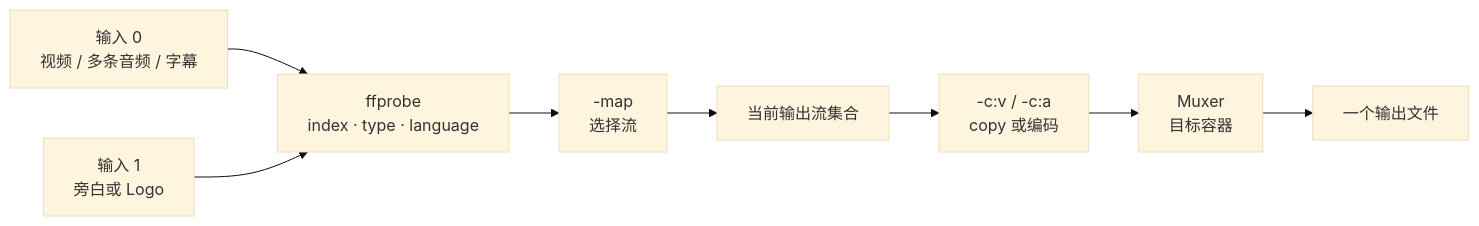
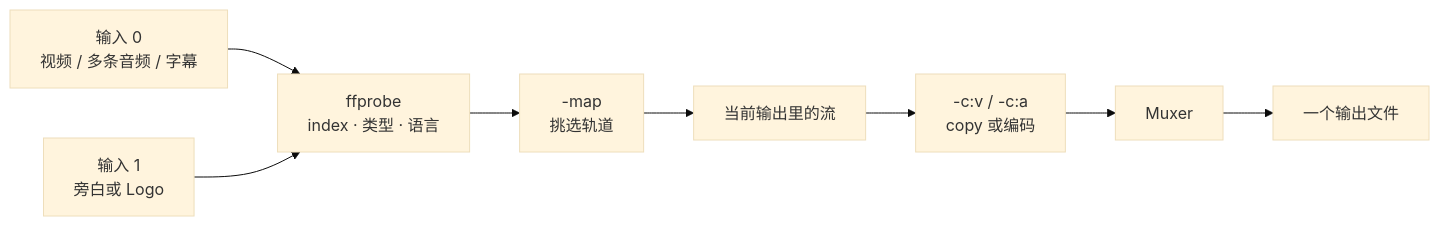
One commit to flycodeu/FlyCodeCenter changed the diagram in src/content/tutorial/ffmpeg/04-流选择与映射.md. Above: the diagram before and after it, drawn with Mermaid (base theme). The commit also changed other lines of this file and 10 other files, not shown here.

````diff
--- a/src/content/tutorial/ffmpeg/04-流选择与映射.md
+++ b/src/content/tutorial/ffmpeg/04-流选择与映射.md
@@ -19,10 +26,10 @@
 ```mermaid
 flowchart LR
-  I0[输入 0<br/>视频 / 多条音频 / 字幕] --> P[ffprobe<br/>index · type · language]
+  I0[输入 0<br/>视频 / 多条音频 / 字幕] --> P[ffprobe<br/>index · 类型 · 语言]
   I1[输入 1<br/>旁白或 Logo] --> P
-  P --> S[-map<br/>选择流]
-  S --> T[当前输出流集合]
+  P --> S[-map<br/>挑选轨道]
+  S --> T[当前输出里的流]
   T --> C[-c:v / -c:a<br/>copy 或编码]
-  C --> M[Muxer<br/>目标容器]
+  C --> M[Muxer]
   M --> O[一个输出文件]
 ```
````
